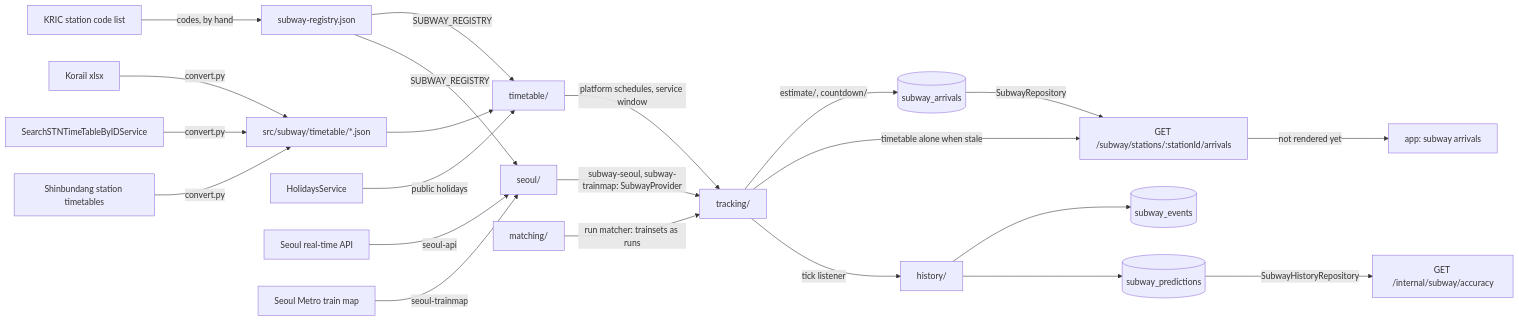
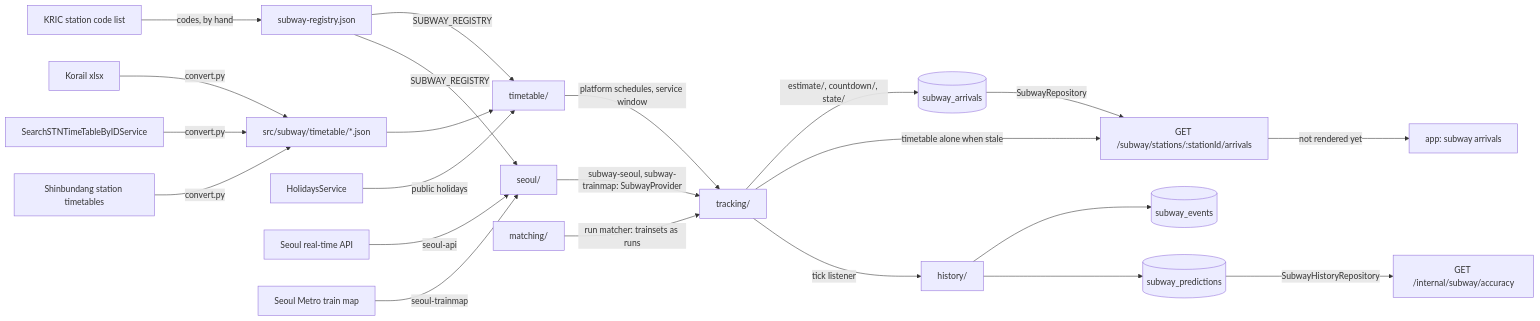
One commit to skkuverse/skkuverse-server changed the diagram in docs/explanation/subway-architecture.md. Above: the diagram before and after it, drawn with Mermaid. The commit also changed other lines of this file and 14 other files, not shown here.

Commit message:
feat(subway): write a platform's arrivals only when its trains change

````diff
--- a/docs/explanation/subway-architecture.md
+++ b/docs/explanation/subway-architecture.md
@@ -98,24 +99,24 @@
 ```mermaid
 flowchart LR
   kric["KRIC station code list"] -->|codes, by hand| registry["subway-registry.json"]
   xlsx["Korail xlsx"] -->|convert.py| tt["src/subway/timetable/*.json"]
   seoultt["SearchSTNTimeTableByIDService"] -->|convert.py| tt
   sbl["Shinbundang station timetables"] -->|convert.py| tt
   tt --> timetable["timetable/"]
   registry -->|SUBWAY_REGISTRY| timetable
   registry -->|SUBWAY_REGISTRY| seoul
   holidays["HolidaysService"] -->|public holidays| timetable
   seoulapi["Seoul real-time API"] -->|seoul-api| seoul["seoul/"]
   trainmap["Seoul Metro train map"] -->|seoul-trainmap| seoul
   seoul -->|"subway-seoul, subway-trainmap: SubwayProvider"| tracking["tracking/"]
   timetable -->|platform schedules, service window| tracking
   matching["matching/"] -->|"run matcher: trainsets as runs"| tracking
-  tracking -->|"estimate/, countdown/"| coll[("subway_arrivals")]
+  tracking -->|"estimate/, countdown/, state/"| coll[("subway_arrivals")]
   coll -->|SubwayRepository| route["GET /subway/stations/:stationId/arrivals"]
   tracking -->|timetable alone when stale| route
   route -->|not rendered yet| screen["app: subway arrivals"]
   tracking -->|tick listener| history["history/"]
   history --> events[("subway_events")]
   history --> predictions[("subway_predictions")]
   predictions -->|SubwayHistoryRepository| report["GET /internal/subway/accuracy"]
 ```
````
